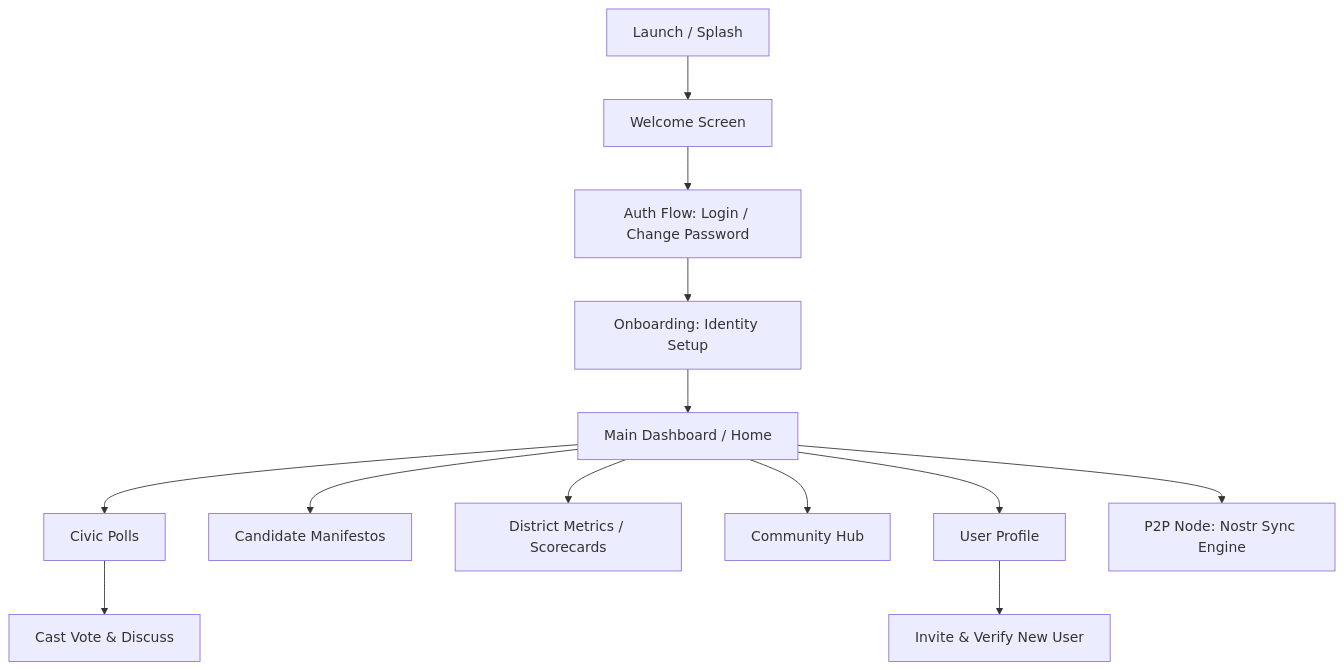
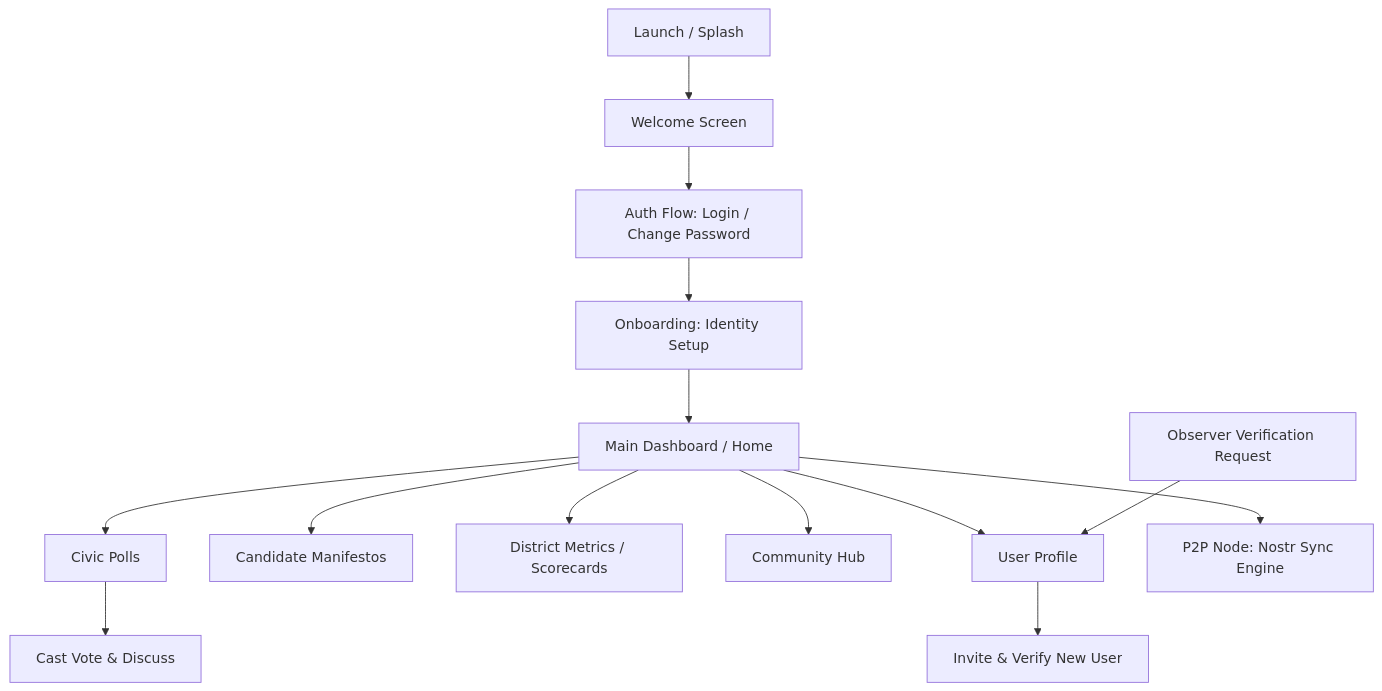
One commit to wethegoverned1776-lab/WetheGoverned changed the diagram in PROJECT_MASTER.md. Above: the diagram before and after it, drawn with Mermaid. The commit also changed other lines of this file and 5159 other files, not shown here.

````diff
--- a/PROJECT_MASTER.md
+++ b/PROJECT_MASTER.md
@@ -31,15 +31,16 @@
 ```mermaid
 flowchart TD
     A[Launch / Splash] --> B[Welcome Screen]
     B --> C[Auth Flow: Login / Change Password]
     C --> D[Onboarding: Identity Setup]
     D --> E[Main Dashboard / Home]
     E --> F1[Civic Polls]
     E --> F2[Candidate Manifestos]
     E --> F3[District Metrics / Scorecards]
     E --> F4[Community Hub]
     E --> F5[User Profile]
     F5 --> G[Invite & Verify New User]
+    G2[Observer Verification Request] --> F5
     F1 --> H[Cast Vote & Discuss]
     E --> I[P2P Node: Nostr Sync Engine]
 ```
````
